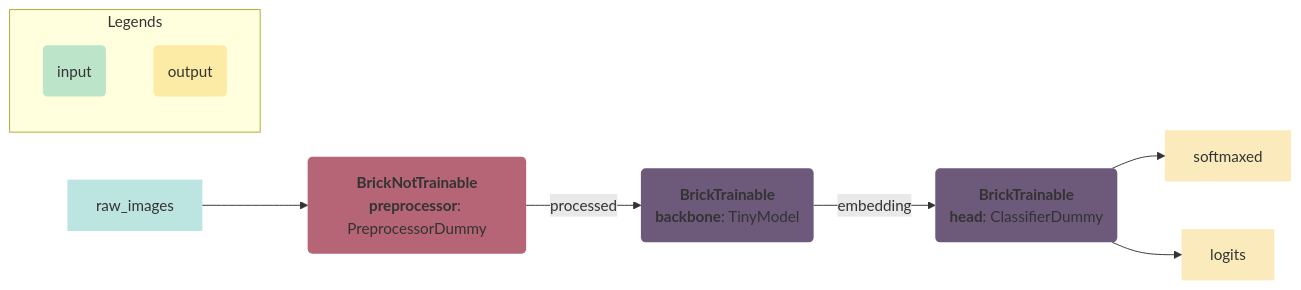
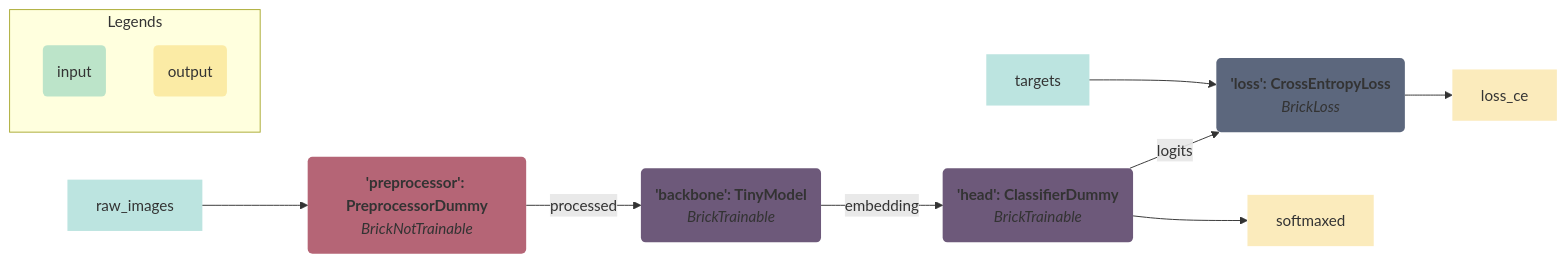
Before and after one commit to pete-machine/torchbricks: the second of 4 diagrams in README.md, drawn with Mermaid. The commit also changed other lines of this file and 7 other files, not shown here.

````diff
--- a/README.md
+++ b/README.md
@@ -239,30 +236,33 @@
 ```mermaid
 flowchart LR
     %% Brick definitions
-    preprocessor("<strong>BrickNotTrainable</strong><br><strong>preprocessor</strong>: PreprocessorDummy"):::BrickNotTrainable
-    backbone("<strong>BrickTrainable</strong><br><strong>backbone</strong>: TinyModel"):::BrickTrainable
-    head("<strong>BrickTrainable</strong><br><strong>head</strong>: ClassifierDummy"):::BrickTrainable
+    preprocessor(<strong>'preprocessor': PreprocessorDummy</strong><br><i>BrickNotTrainable</i>):::BrickNotTrainable
+    backbone(<strong>'backbone': TinyModel</strong><br><i>BrickTrainable</i>):::BrickTrainable
+    head(<strong>'head': ClassifierDummy</strong><br><i>BrickTrainable</i>):::BrickTrainable
+    loss(<strong>'loss': CrossEntropyLoss</strong><br><i>BrickLoss</i>):::BrickLoss
     
     %% Draw input and outputs
     raw_images:::input --> preprocessor
+    targets:::input --> loss
     
     %% Draw nodes and edges
     preprocessor --> |processed| backbone
     backbone --> |embedding| head
+    head --> |logits| loss
     head --> softmaxed:::output
-    head --> logits:::output
+    loss --> loss_ce:::output
     
     %% Add styling
     classDef arrow stroke-width:0px,fill-opacity:0.0 
     classDef input stroke-width:0px,fill-opacity:0.3,fill:#22A699 
     classDef output stroke-width:0px,fill-opacity:0.3,fill:#F2BE22 
     classDef BrickNotTrainable stroke-width:0px,fill:#B56576 
     classDef BrickTrainable stroke-width:0px,fill:#6D597A 
+    classDef BrickLoss stroke-width:0px,fill:#5C677D 
     
     %% Add legends
     subgraph Legends
         input(input):::input
         output(output):::output
-        
     end
 ```
````
